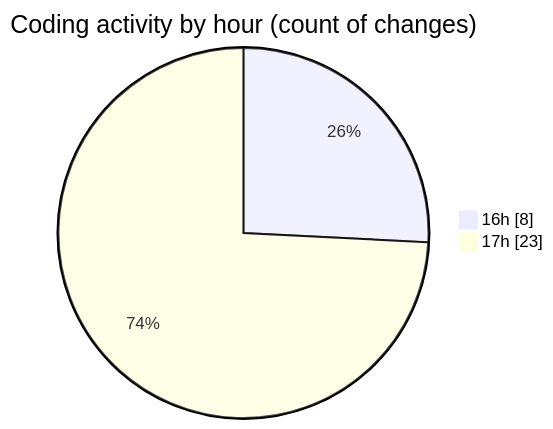
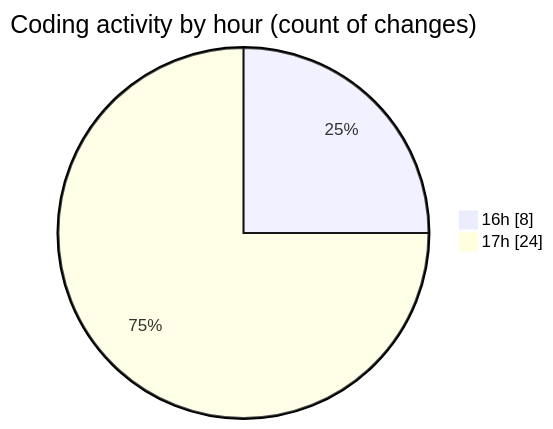
Before and after one commit to robertbonfada/code-tracking: the second of 2 diagrams in 2025-01-08/mbc-web/README.md, drawn with Mermaid. The commit also changed other lines of this file and 1 other file, not shown here.

````diff
--- a/2025-01-08/mbc-web/README.md
+++ b/2025-01-08/mbc-web/README.md
@@ -42,6 +42,6 @@
 ```mermaid
 pie showData
 title Coding activity by hour (count of changes)
 "16h" : 8
-"17h" : 23
+"17h" : 24
 ```
````
